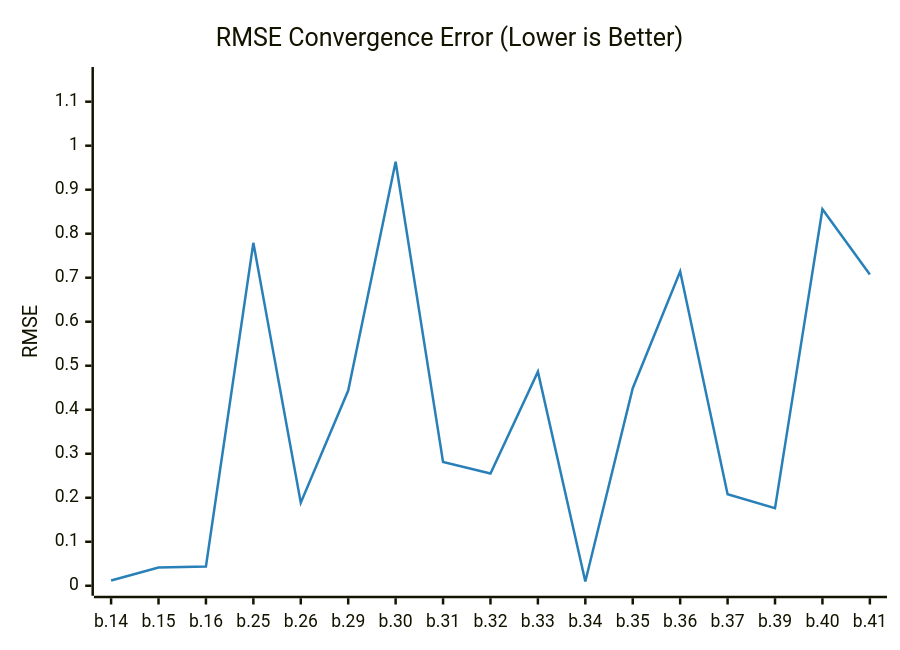
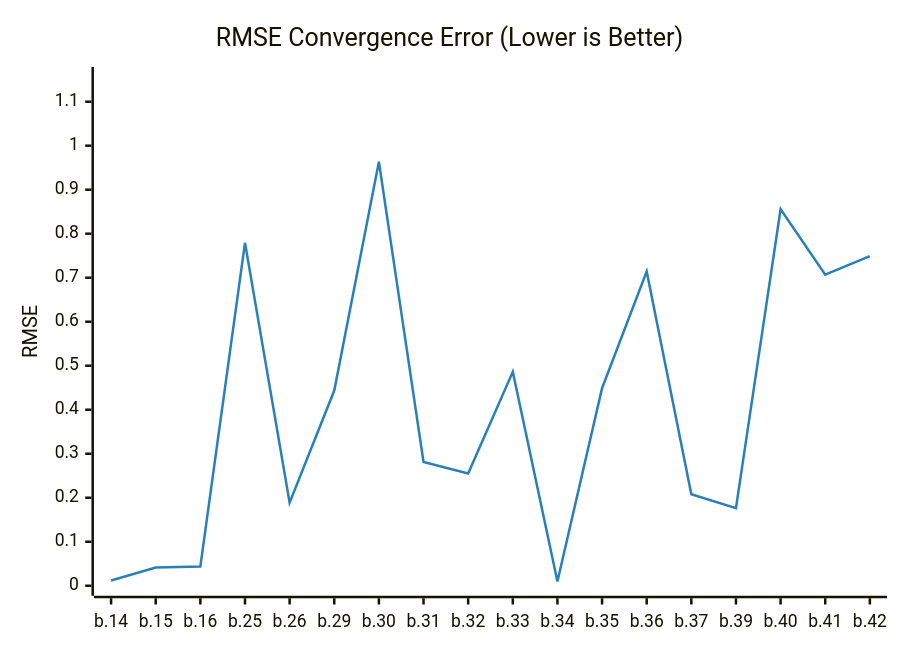
One commit to timo-eberl/tracy changed the diagram in README.md. Above: the diagram before and after it, drawn with Mermaid. The commit also changed other lines of this file and 3 other files, not shown here.

````diff
--- a/README.md
+++ b/README.md
@@ -13,14 +13,14 @@
 ```mermaid
 ---
 config:
     theme: base
     themeVariables:
         xyChart:
             plotColorPalette: "#2980b9"
 ---
 xychart-beta
     title "RMSE Convergence Error (Lower is Better)"
-    x-axis ["b.14", "b.15", "b.16", "b.25", "b.26", "b.29", "b.30", "b.31", "b.32", "b.33", "b.34", "b.35", "b.36", "b.37", "b.39", "b.40", "b.41"]
+    x-axis ["b.14", "b.15", "b.16", "b.25", "b.26", "b.29", "b.30", "b.31", "b.32", "b.33", "b.34", "b.35", "b.36", "b.37", "b.39", "b.40", "b.41", "b.42"]
     y-axis "RMSE" 0 --> 1.1561
-    line [0.012064, 0.041607, 0.043946, 0.7793, 0.1888, 0.4436, 0.9634, 0.2812, 0.2549, 0.4864, 0.0098, 0.4489, 0.7142, 0.2079, 0.1763, 0.8557, 0.7071]
+    line [0.012064, 0.041607, 0.043946, 0.7793, 0.1888, 0.4436, 0.9634, 0.2812, 0.2549, 0.4864, 0.0098, 0.4489, 0.7142, 0.2079, 0.1763, 0.8557, 0.7071, 0.749]
 ```
````
